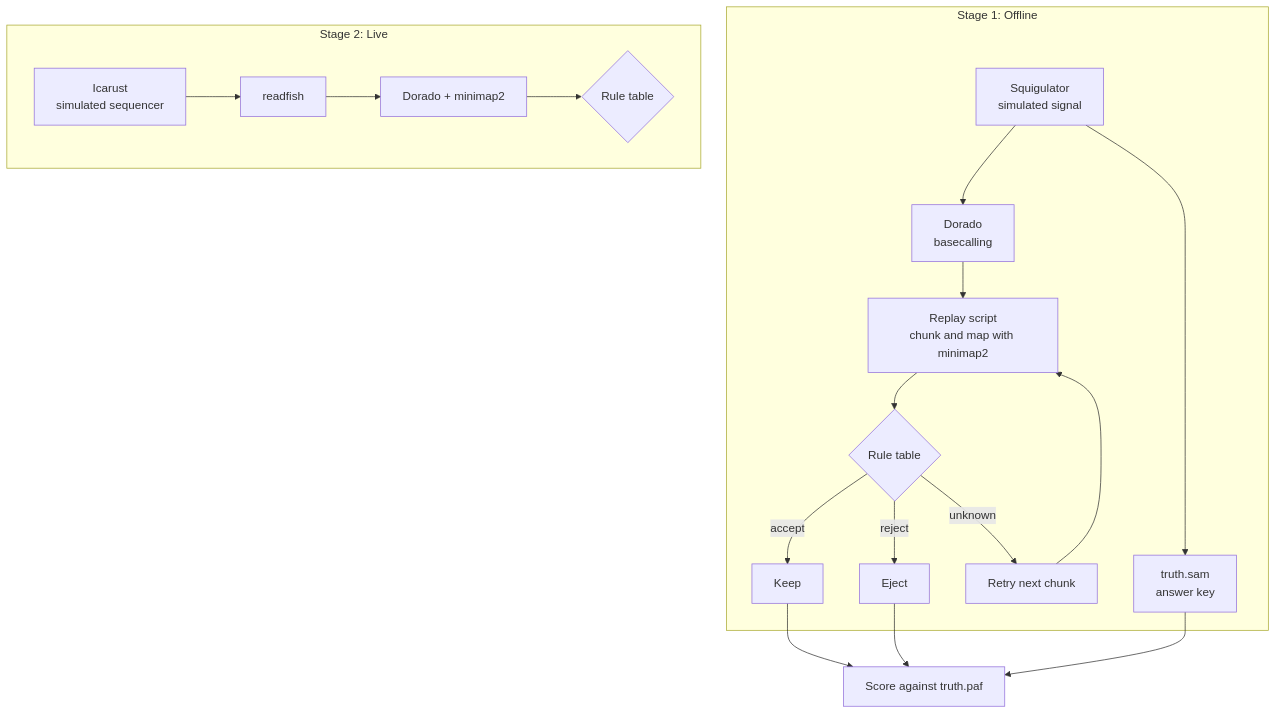
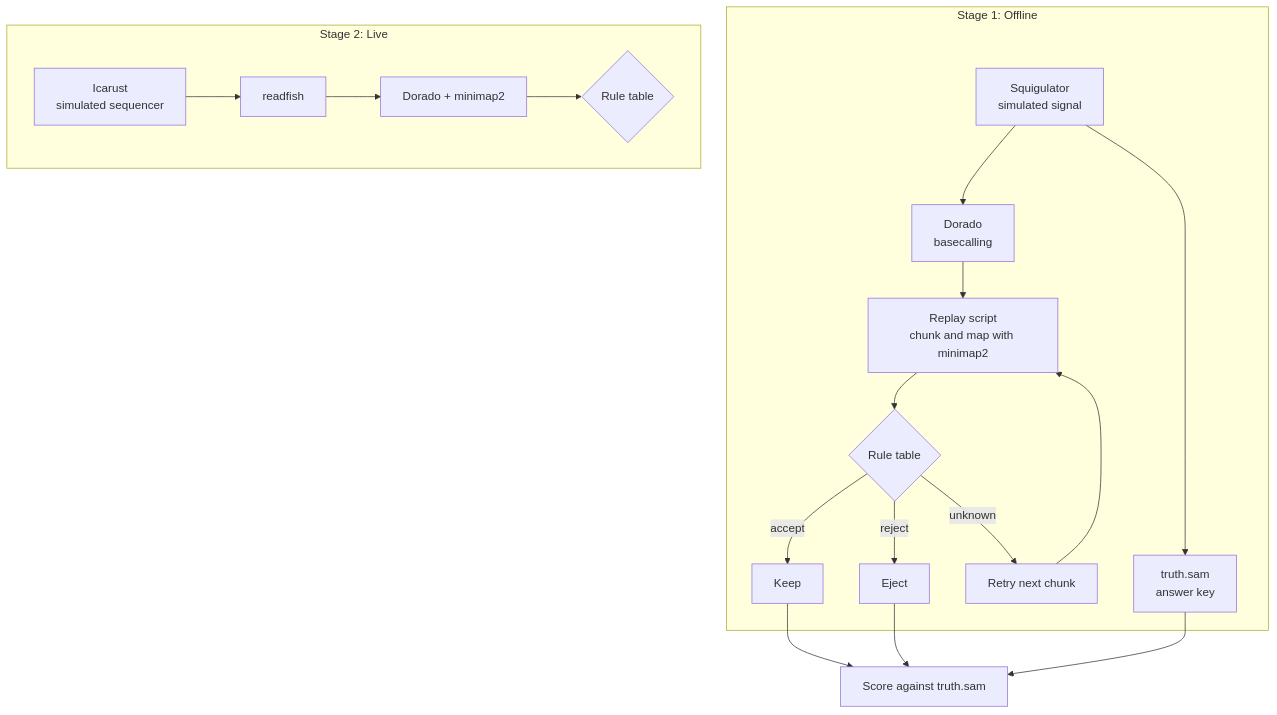
The diagram in README.md (Dianamanz78/Nanopore-Sequencing-Project), drawn with Mermaid before and after one commit.

````diff
--- a/README.md
+++ b/README.md
@@ -22,21 +22,21 @@
 ```mermaid
 flowchart TD
     subgraph S1["Stage 1: Offline"]
         A[Squigulator<br/>simulated signal] --> B[Dorado<br/>basecalling]
         A --> T[truth.sam<br/>answer key]
         B --> C[Replay script<br/>chunk and map with minimap2]
         C --> D{Rule table}
         D -->|accept| E[Keep]
         D -->|reject| F[Eject]
         D -->|unknown| G[Retry next chunk]
         G --> C
     end
     subgraph S2["Stage 2: Live"]
         H[Icarust<br/>simulated sequencer] --> I[readfish]
         I --> J[Dorado + minimap2]
         J --> K{Rule table}
     end
-    E --> Z[Score against truth.paf]
+    E --> Z[Score against truth.sam]
     F --> Z
     T --> Z
 ```
````
